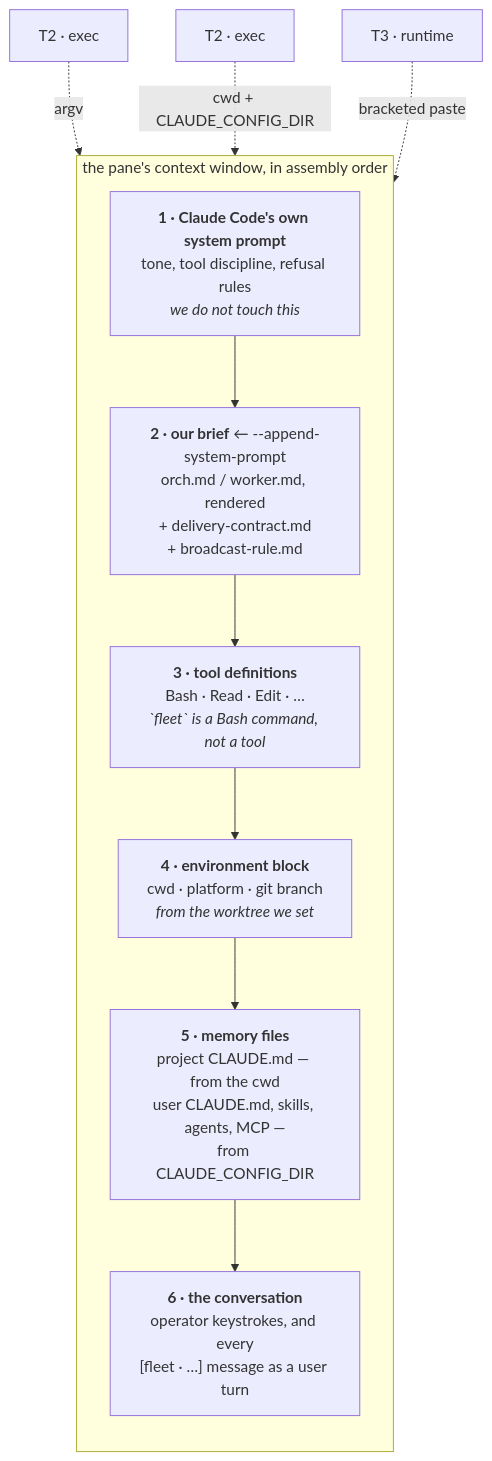
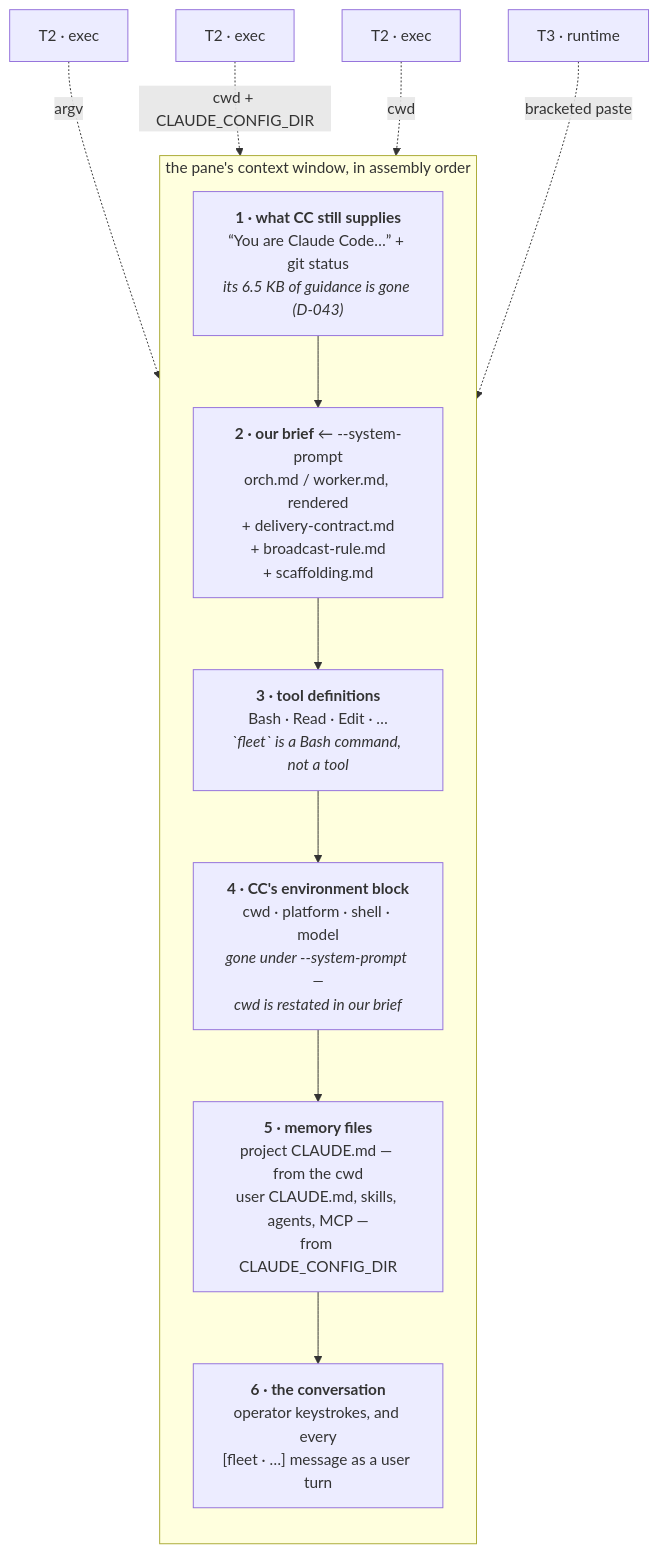
One commit to rubikron/fleetor changed the second of 3 diagrams in docs/context-injection-flow.md. Above: the diagram before and after it, drawn with Mermaid. The commit also changed other lines of this file and 11 other files, not shown here.

````diff
--- a/docs/context-injection-flow.md
+++ b/docs/context-injection-flow.md
@@ -58,16 +58,17 @@
 ```mermaid
 graph TB
     subgraph win["the pane's context window, in assembly order"]
         direction TB
-        S1["<b>1 · Claude Code's own system prompt</b><br/>tone, tool discipline, refusal rules<br/><i>we do not touch this</i>"]
-        S2["<b>2 · our brief</b> ← --append-system-prompt<br/>orch.md / worker.md, rendered<br/>+ delivery-contract.md<br/>+ broadcast-rule.md"]
+        S1["<b>1 · what CC still supplies</b><br/>“You are Claude Code…” + git status<br/><i>its 6.5 KB of guidance is gone (D-043)</i>"]
+        S2["<b>2 · our brief</b> ← --system-prompt<br/>orch.md / worker.md, rendered<br/>+ delivery-contract.md<br/>+ broadcast-rule.md<br/>+ scaffolding.md"]
         S3["<b>3 · tool definitions</b><br/>Bash · Read · Edit · …<br/><i>`fleet` is a Bash command, not a tool</i>"]
-        S4["<b>4 · environment block</b><br/>cwd · platform · git branch<br/><i>from the worktree we set</i>"]
+        S4["<b>4 · CC's environment block</b><br/>cwd · platform · shell · model<br/><i>gone under --system-prompt —<br/>cwd is restated in our brief</i>"]
         S5["<b>5 · memory files</b><br/>project CLAUDE.md — from the cwd<br/>user CLAUDE.md, skills, agents, MCP —<br/>from CLAUDE_CONFIG_DIR"]
         S6["<b>6 · the conversation</b><br/>operator keystrokes, and every<br/>[fleet · …] message as a user turn"]
         S1 --> S2 --> S3 --> S4 --> S5 --> S6
     end
     T2A["T2 · exec"] -.->|"argv"| S2
     T2B["T2 · exec"] -.->|"cwd + CLAUDE_CONFIG_DIR"| S5
+    T2C["T2 · exec"] -.->|"cwd"| S2
     T3["T3 · runtime"] -.->|"bracketed paste"| S6
 ```
````
